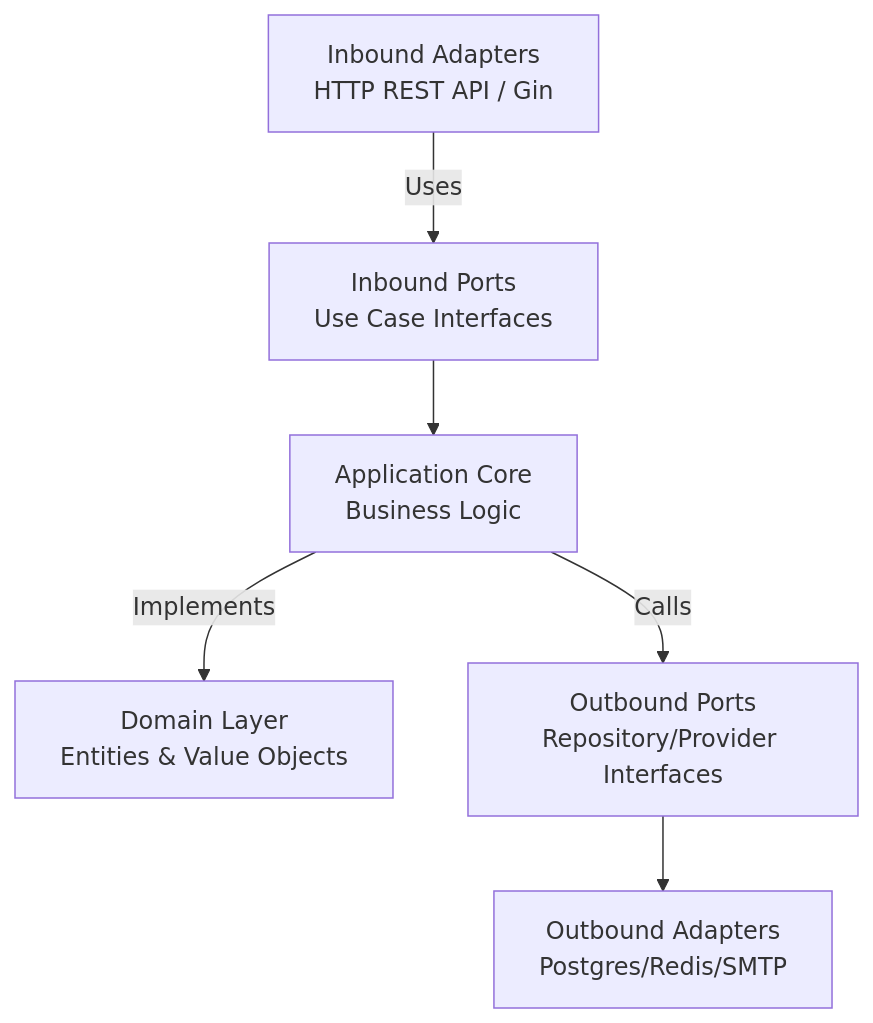
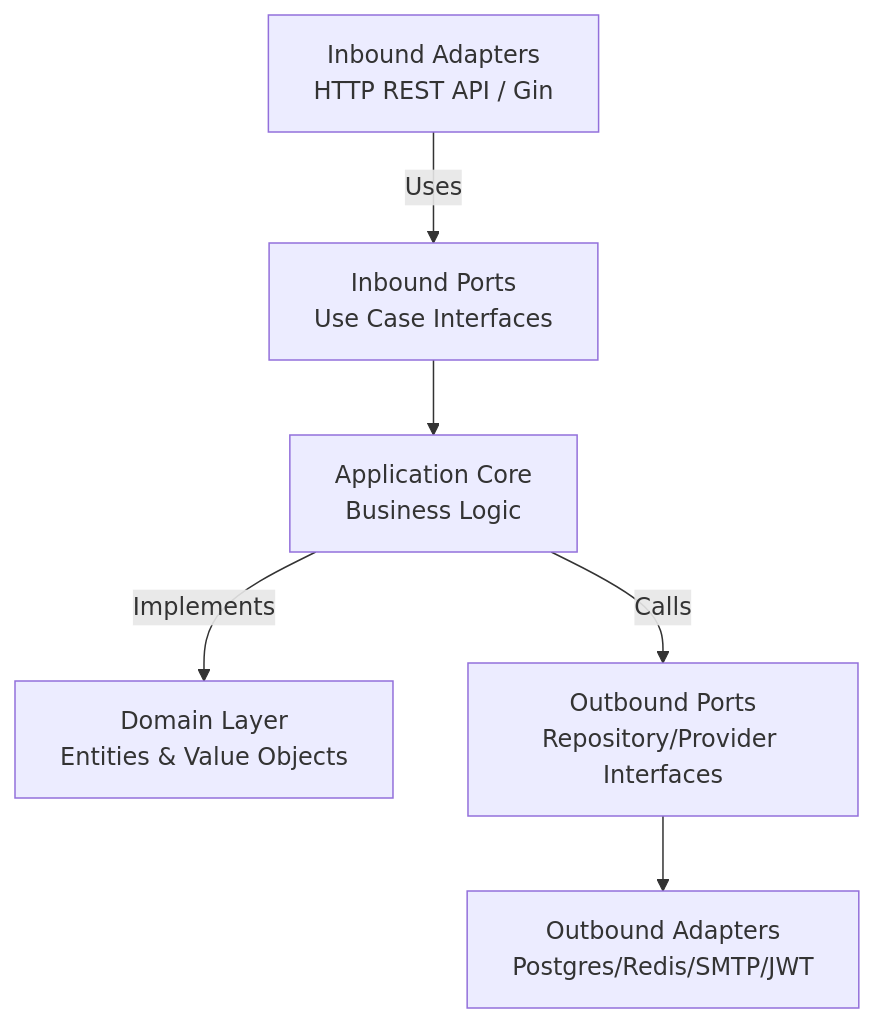
One commit to nvawntien/go-judge-system changed the diagram in services/auth/README.md. Above: the diagram before and after it, drawn with Mermaid. The commit also changed other lines of this file and 1 other file, not shown here.

````diff
--- a/services/auth/README.md
+++ b/services/auth/README.md
@@ -31,8 +31,8 @@
 ```mermaid
 graph TD
     Inbound[Inbound Adapters<br/>HTTP REST API / Gin] --> |Uses| PortIn[Inbound Ports<br/>Use Case Interfaces]
     PortIn --> AppCore[Application Core<br/>Business Logic]
     AppCore --> |Implements| Domain[Domain Layer<br/>Entities & Value Objects]
     AppCore --> |Calls| PortOut[Outbound Ports<br/>Repository/Provider Interfaces]
-    PortOut --> Outbound[Outbound Adapters<br/>Postgres/Redis/SMTP]
+    PortOut --> Outbound[Outbound Adapters<br/>Postgres/Redis/SMTP/JWT]
 ```
````
